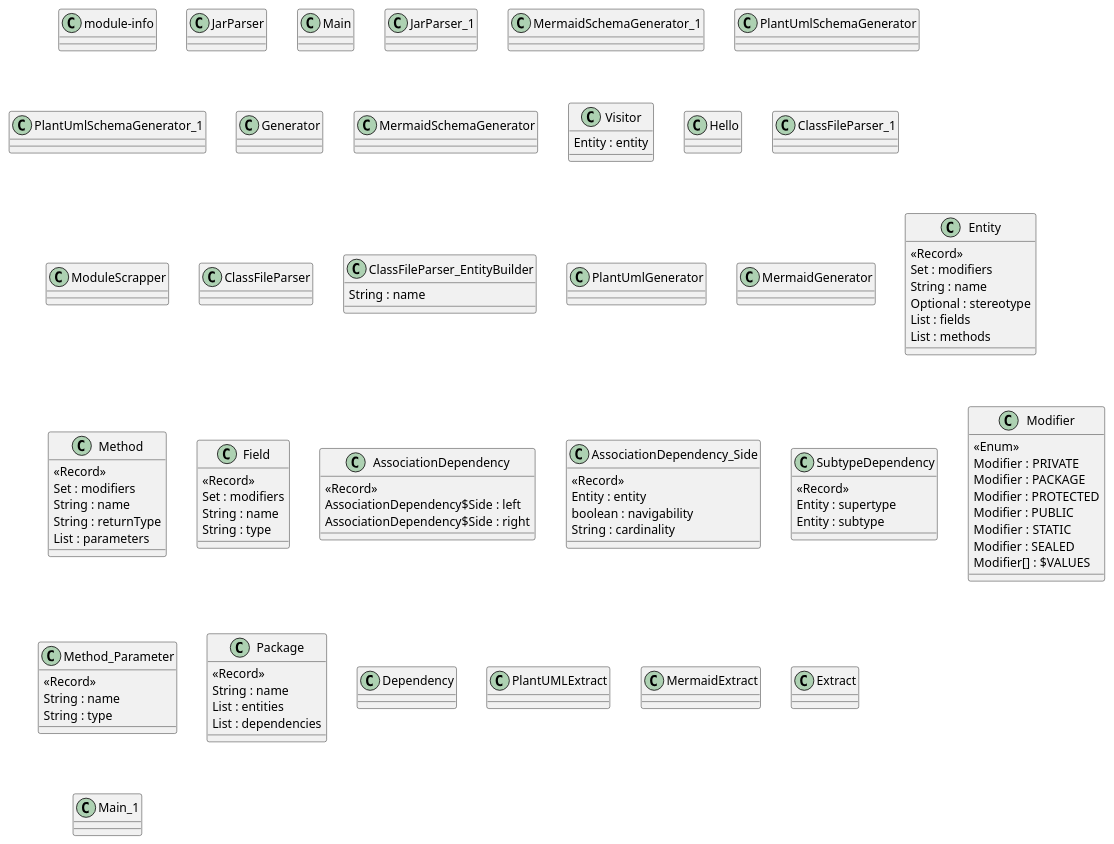
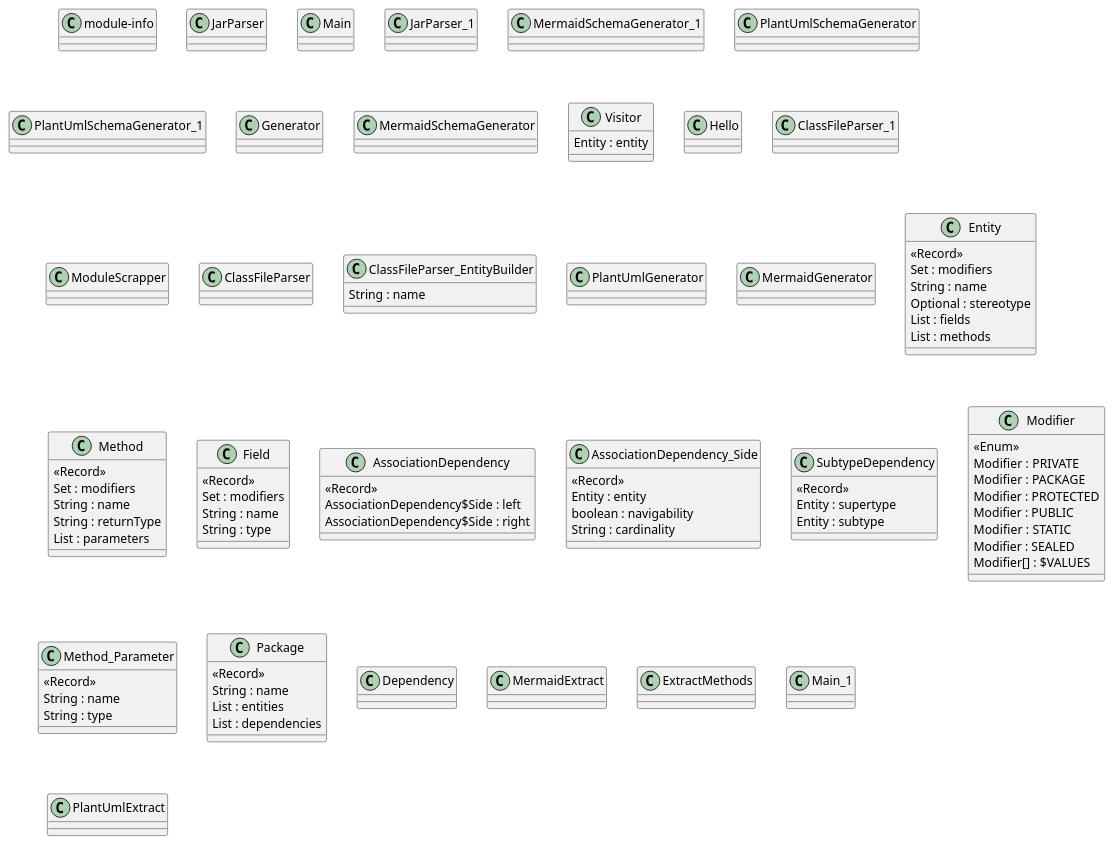
The diagram in src/main/java/com/github/veluvexiau/umldoc/core/plantExport.md (forax/umldoc), drawn with PlantUML before and after one commit. The commit also changed 5 other files, not shown here.

```diff
--- a/src/main/java/com/github/veluvexiau/umldoc/core/plantExport.md
+++ b/src/main/java/com/github/veluvexiau/umldoc/core/plantExport.md
@@ -130,19 +130,19 @@
 	class Dependency{
 	}
 
-	class PlantUMLExtract{
+	class MermaidExtract{
 	}
 
-	class MermaidExtract{
+	class ExtractMethods{
 	}
 
 	class Main{
 	}
 
-	class Extract{
+	class Main_1{
 	}
 
-	class Main_1{
+	class PlantUmlExtract{
 	}
 
 @enduml
```
